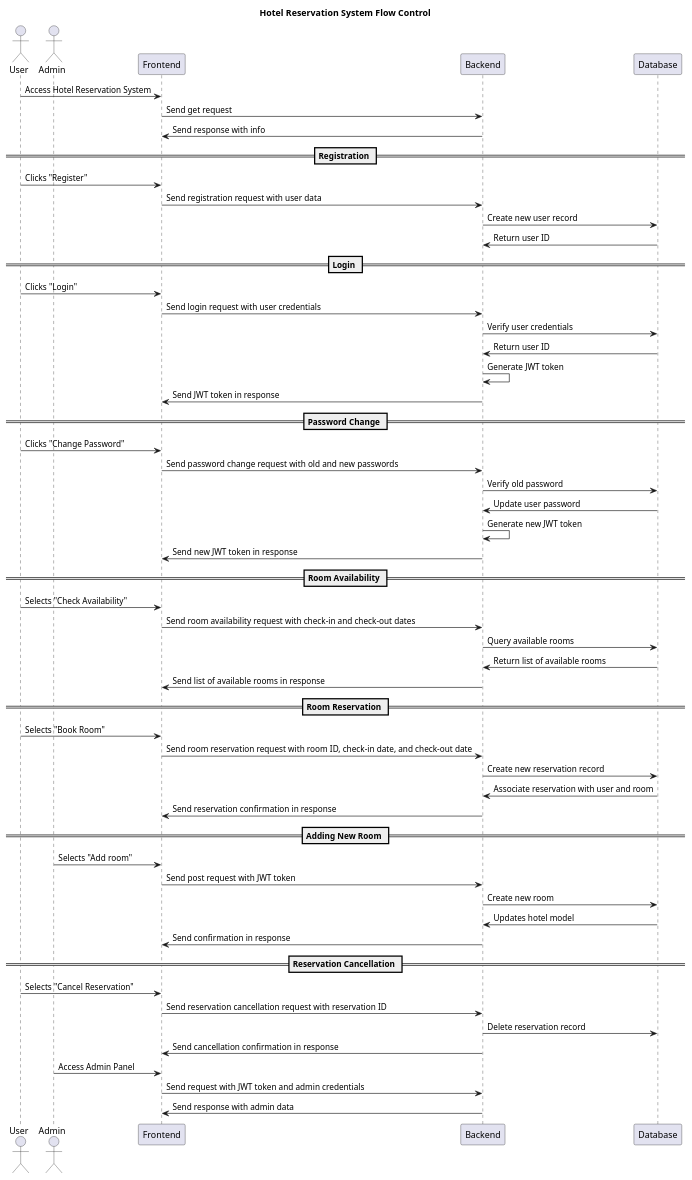
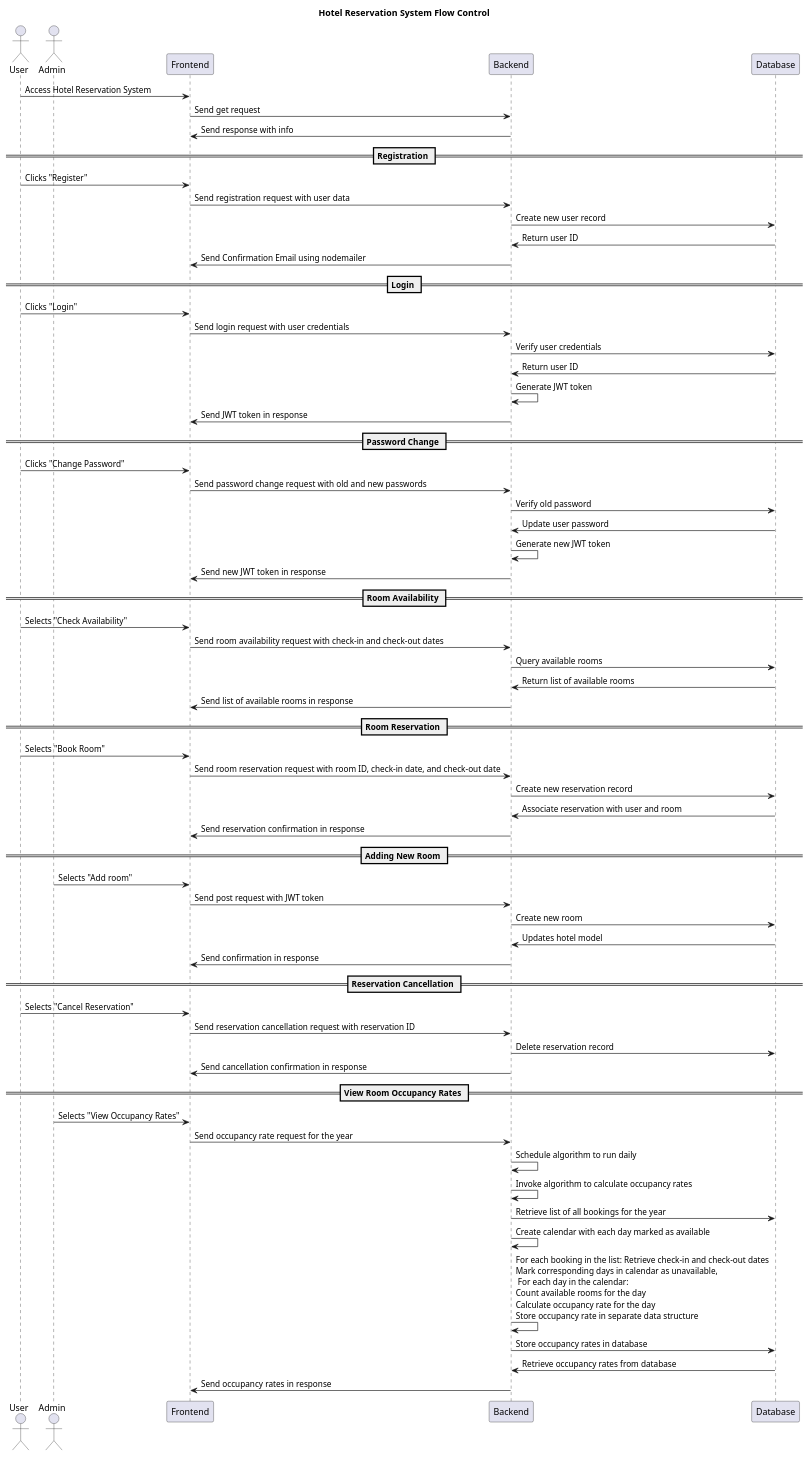
Before and after one commit to thumamah/book-engine: the diagram in final project system.puml, drawn with PlantUML. The commit also changed 1 other file, not shown here.

```diff
--- a/final project system.puml
+++ b/final project system.puml
@@ -1,71 +1,82 @@
 @startuml
 title Hotel Reservation System Flow Control
 
 actor User
 actor Admin
 
 User -> Frontend: Access Hotel Reservation System
 Frontend -> Backend: Send get request
 Backend -> Frontend: Send response with info
 
 == Registration ==
 
 User -> Frontend: Clicks "Register"
 Frontend -> Backend: Send registration request with user data
 Backend -> Database: Create new user record
 Database -> Backend: Return user ID
+Backend -> Frontend: Send Confirmation Email using nodemailer
 
 == Login ==
 
 User -> Frontend: Clicks "Login"
 Frontend -> Backend: Send login request with user credentials
 Backend -> Database: Verify user credentials
 Database -> Backend: Return user ID
 Backend -> Backend: Generate JWT token
 Backend -> Frontend: Send JWT token in response
 
 == Password Change ==
 
 User -> Frontend: Clicks "Change Password"
 Frontend -> Backend: Send password change request with old and new passwords
 Backend -> Database: Verify old password
 Database -> Backend: Update user password
 Backend -> Backend: Generate new JWT token
 Backend -> Frontend: Send new JWT token in response
 
 == Room Availability ==
 
 User -> Frontend: Selects "Check Availability"
 Frontend -> Backend: Send room availability request with check-in and check-out dates
 Backend -> Database: Query available rooms
 Database -> Backend: Return list of available rooms
 Backend -> Frontend: Send list of available rooms in response
 
 == Room Reservation ==
 
 User -> Frontend: Selects "Book Room"
 Frontend -> Backend: Send room reservation request with room ID, check-in date, and check-out date
 Backend -> Database: Create new reservation record
 Database -> Backend: Associate reservation with user and room
 Backend -> Frontend: Send reservation confirmation in response
 
 == Adding New Room ==
 
 Admin -> Frontend: Selects "Add room"
 Frontend -> Backend: Send post request with JWT token
 Backend -> Database: Create new room
 Database -> Backend: Updates hotel model
 Backend -> Frontend: Send confirmation in response
 
 == Reservation Cancellation ==
 
 User -> Frontend: Selects "Cancel Reservation"
 Frontend -> Backend: Send reservation cancellation request with reservation ID
 Backend -> Database: Delete reservation record
 Backend -> Frontend: Send cancellation confirmation in response
 
-Admin -> Frontend: Access Admin Panel
-Frontend -> Backend: Send request with JWT token and admin credentials
-Backend -> Frontend: Send response with admin data
+== View Room Occupancy Rates ==
+
+Admin -> Frontend: Selects "View Occupancy Rates"
+Frontend -> Backend: Send occupancy rate request for the year
+Backend -> Backend: Schedule algorithm to run daily
+Backend -> Backend: Invoke algorithm to calculate occupancy rates
+Backend -> Database: Retrieve list of all bookings for the year
+Backend -> Backend: Create calendar with each day marked as available
+Backend -> Backend: For each booking in the list: Retrieve check-in and check-out dates \nMark corresponding days in calendar as unavailable, \n For each day in the calendar:\nCount available rooms for the day\nCalculate occupancy rate for the day\nStore occupancy rate in separate data structure
+' Algorithm -> | Mark corresponding days in calendar as unavailable
+Backend -> Database: Store occupancy rates in database
+Database -> Backend: Retrieve occupancy rates from database
+Backend -> Frontend: Send occupancy rates in response
 
 @enduml
```
